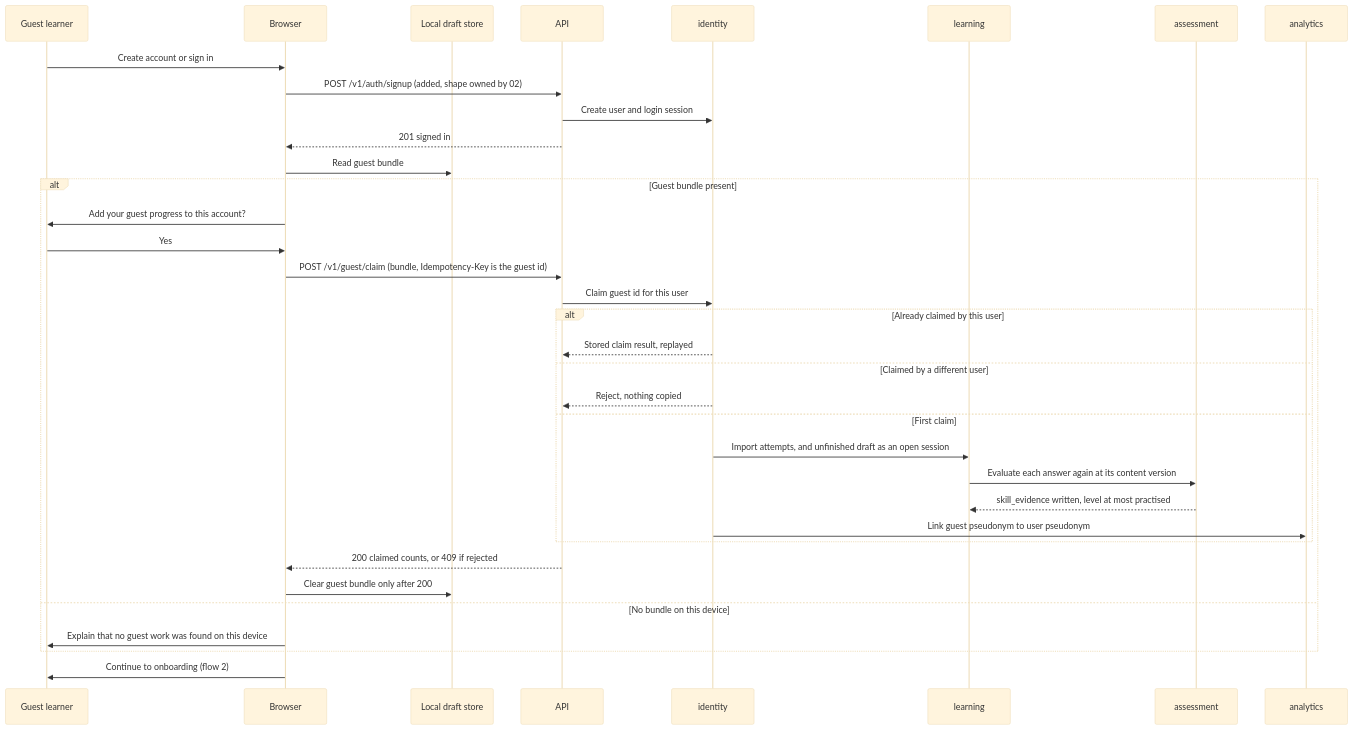
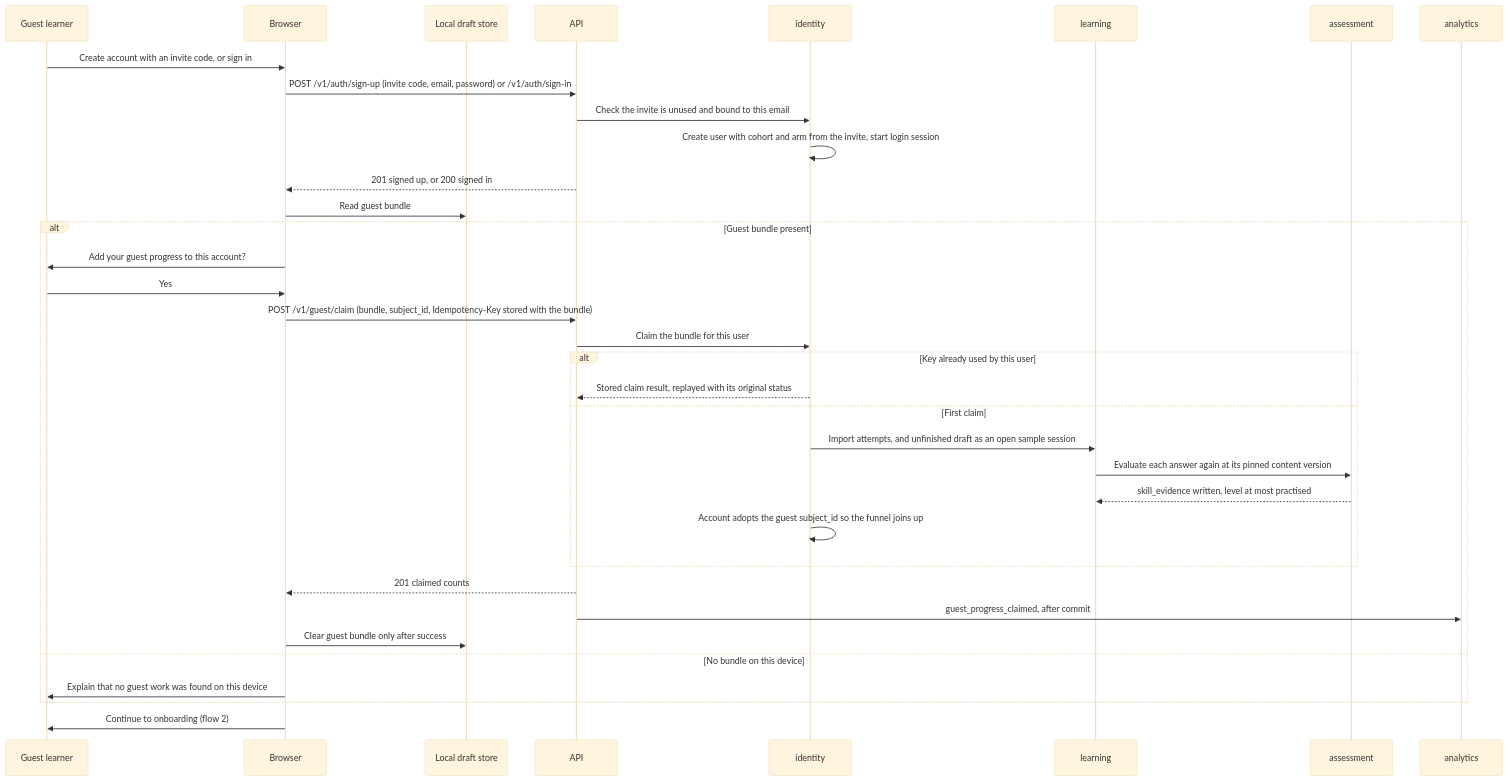
Before and after one commit to GhanshyamSoni68/app_idea: the third of 19 diagrams in devstep/docs/03-key-flows.md, drawn with Mermaid (base theme). The commit also changed other lines of this file and 8 other files, not shown here.

````diff
--- a/devstep/docs/03-key-flows.md
+++ b/devstep/docs/03-key-flows.md
@@ -175,37 +179,37 @@
 ```mermaid
 sequenceDiagram
     participant L as Guest learner
     participant B as Browser
     participant LS as Local draft store
     participant API
     participant ID as identity
     participant LRN as learning
     participant ASM as assessment
     participant AN as analytics
-    L->>B: Create account or sign in
-    B->>API: POST /v1/auth/signup (added, shape owned by 02)
-    API->>ID: Create user and login session
-    API-->>B: 201 signed in
+    L->>B: Create account with an invite code, or sign in
+    B->>API: POST /v1/auth/sign-up (invite code, email, password) or /v1/auth/sign-in
+    API->>ID: Check the invite is unused and bound to this email
+    ID->>ID: Create user with cohort and arm from the invite, start login session
+    API-->>B: 201 signed up, or 200 signed in
     B->>LS: Read guest bundle
     alt Guest bundle present
         B->>L: Add your guest progress to this account?
         L->>B: Yes
-        B->>API: POST /v1/guest/claim (bundle, Idempotency-Key is the guest id)
-        API->>ID: Claim guest id for this user
-        alt Already claimed by this user
-            ID-->>API: Stored claim result, replayed
-        else Claimed by a different user
-            ID-->>API: Reject, nothing copied
+        B->>API: POST /v1/guest/claim (bundle, subject_id, Idempotency-Key stored with the bundle)
+        API->>ID: Claim the bundle for this user
+        alt Key already used by this user
+            ID-->>API: Stored claim result, replayed with its original status
         else First claim
-            ID->>LRN: Import attempts, and unfinished draft as an open session
-            LRN->>ASM: Evaluate each answer again at its content version
+            ID->>LRN: Import attempts, and unfinished draft as an open sample session
+            LRN->>ASM: Evaluate each answer again at its pinned content version
             ASM-->>LRN: skill_evidence written, level at most practised
-            ID->>AN: Link guest pseudonym to user pseudonym
+            ID->>ID: Account adopts the guest subject_id so the funnel joins up
         end
-        API-->>B: 200 claimed counts, or 409 if rejected
-        B->>LS: Clear guest bundle only after 200
+        API-->>B: 201 claimed counts
+        API->>AN: guest_progress_claimed, after commit
+        B->>LS: Clear guest bundle only after success
     else No bundle on this device
         B->>L: Explain that no guest work was found on this device
     end
     B->>L: Continue to onboarding (flow 2)
 ```
````
